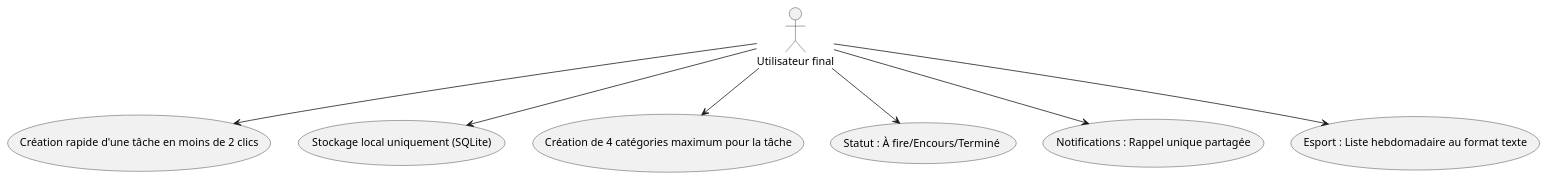
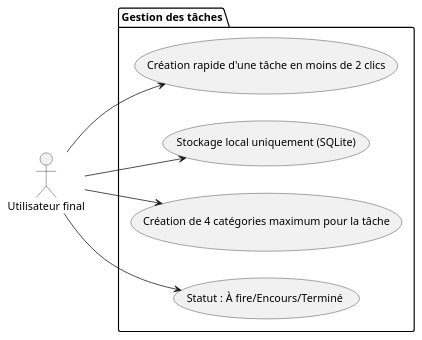
Before and after one commit to siwarhmaidi2/Generation-Intelligente-des-Specifications-Logicielles: the diagram in results/uml/cahier-de-charge-image/use_case_1.puml, drawn with PlantUML. The commit also changed 6 other files, not shown here.

Commit message:
diagrammes uml images added

```diff
--- a/results/uml/cahier-de-charge-image/use_case_1.puml
+++ b/results/uml/cahier-de-charge-image/use_case_1.puml
@@ -1,15 +1,18 @@
 @startuml
-actor "Utilisateur final" as Utilisateur_final
-usecase "Création rapide d'une tâche en moins de 2 clics" as FR1
-Utilisateur_final --> FR1
-usecase "Stockage local uniquement (SQLite)" as FR2
-Utilisateur_final --> FR2
-usecase "Création de 4 catégories maximum pour la tâche" as FR3
-Utilisateur_final --> FR3
-usecase "Statut : À fire/Encours/Terminé" as FR4
-Utilisateur_final --> FR4
-usecase "Notifications : Rappel unique partagée" as FR5
-Utilisateur_final --> FR5
-usecase "Esport : Liste hebdomadaire au format texte" as FR6
-Utilisateur_final --> FR6
+left to right direction
+
+actor "Utilisateur final" as actor1
+
+package "Gestion des tâches" {
+  usecase "Création rapide d'une tâche en moins de 2 clics" as UC1
+  usecase "Stockage local uniquement (SQLite)" as UC2
+  usecase "Création de 4 catégories maximum pour la tâche" as UC3
+  usecase "Statut : À fire/Encours/Terminé" as UC4
+}
+
+actor1 --> UC1
+actor1 --> UC2
+actor1 --> UC3
+actor1 --> UC4
+
 @enduml
```
